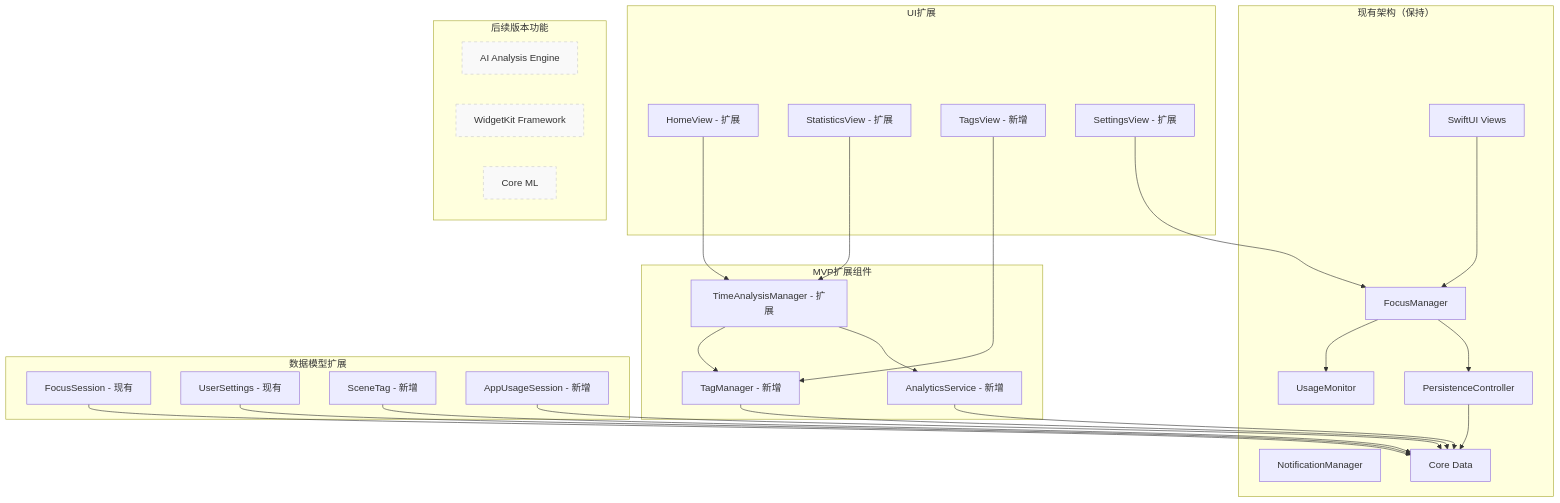
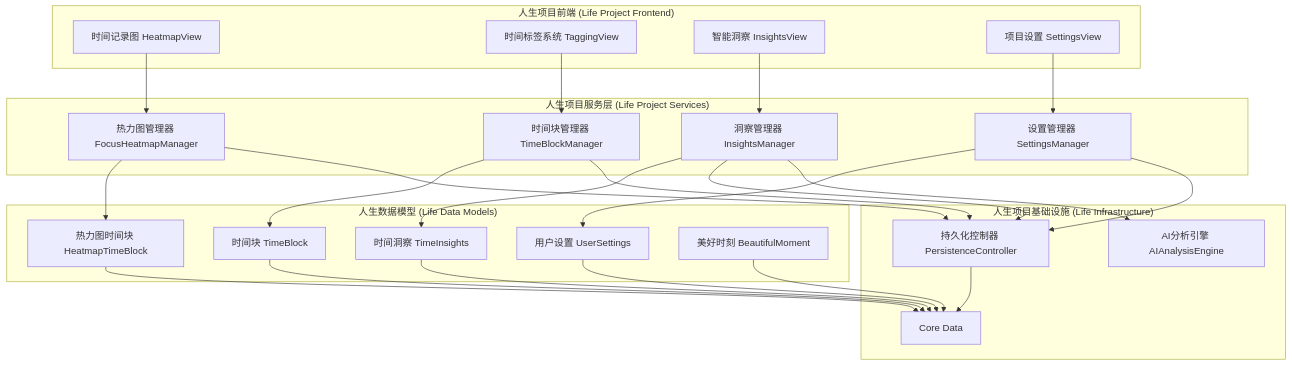
The first of 2 diagrams in .kiro/specs/focus-tracker-app/design.md (coppynight/attentionkiro), drawn with Mermaid before and after one commit. The commit also changed other lines of this file and 154 other files, not shown here.

````diff
--- a/.kiro/specs/focus-tracker-app/design.md
+++ b/.kiro/specs/focus-tracker-app/design.md
@@ -29,61 +25,54 @@
 ```mermaid
 graph TB
-    subgraph "现有架构（保持）"
-        UI[SwiftUI Views]
-        FM[FocusManager]
-        UM[UsageMonitor]
-        NM[NotificationManager]
-        PC[PersistenceController]
-        CD[Core Data]
+    subgraph "人生项目前端 (Life Project Frontend)"
+        HV[时间记录图 HeatmapView]
+        TV[时间标签系统 TaggingView]
+        IV[智能洞察 InsightsView]
+        SV[项目设置 SettingsView]
     end
     
-    subgraph "MVP扩展组件"
-        TM[TagManager - 新增]
-        TAM[TimeAnalysisManager - 扩展]
-        AS[AnalyticsService - 新增]
+    subgraph "人生项目服务层 (Life Project Services)"
+        HM[热力图管理器 FocusHeatmapManager]
+        TBM[时间块管理器 TimeBlockManager]
+        IM[洞察管理器 InsightsManager]
+        SM[设置管理器 SettingsManager]
     end
     
-    subgraph "数据模型扩展"
-        FS[FocusSession - 现有]
-        US[UserSettings - 现有]
-        ST[SceneTag - 新增]
-        AUS[AppUsageSession - 新增]
+    subgraph "人生数据模型 (Life Data Models)"
+        TB[时间块 TimeBlock]
+        HTB[热力图时间块 HeatmapTimeBlock]
+        TI[时间洞察 TimeInsights]
+        US[用户设置 UserSettings]
+        BM[美好时刻 BeautifulMoment]
     end
     
-    subgraph "UI扩展"
-        HV[HomeView - 扩展]
-        SV[StatisticsView - 扩展]
-        TV[TagsView - 新增]
-        SEV[SettingsView - 扩展]
+    subgraph "人生项目基础设施 (Life Infrastructure)"
+        PC[持久化控制器 PersistenceController]
+        CD[Core Data]
+        AI[AI分析引擎 AIAnalysisEngine]
     end
     
-    subgraph "后续版本功能"
-        AI[AI Analysis Engine]
-        WF[WidgetKit Framework]
-        ML[Core ML]
-    end
+    HV --> HM
+    TV --> TBM
+    IV --> IM
+    SV --> SM
     
-    UI --> FM
-    FM --> UM
-    FM --> PC
+    HM --> HTB
+    TBM --> TB
+    IM --> TI
+    SM --> US
+    
+    HM --> PC
+    TBM --> PC
+    IM --> PC
+    SM --> PC
+    
     PC --> CD
+    IM --> AI
     
-    TAM --> TM
-    TAM --> AS
-    TM --> CD
-    AS --> CD
-    
-    HV --> TAM
-    SV --> TAM
-    TV --> TM
-    SEV --> FM
-    
-    FS --> CD
+    TB --> CD
+    HTB --> CD
+    TI --> CD
     US --> CD
-    ST --> CD
-    AUS --> CD
-    
-    style AI fill:#f9f9f9,stroke:#ccc,stroke-dasharray: 5 5
-    style WF fill:#f9f9f9,stroke:#ccc,stroke-dasharray: 5 5
-    style ML fill:#f9f9f9,stroke:#ccc,stroke-dasharray: 5 5
+    BM --> CD
 ```
````
